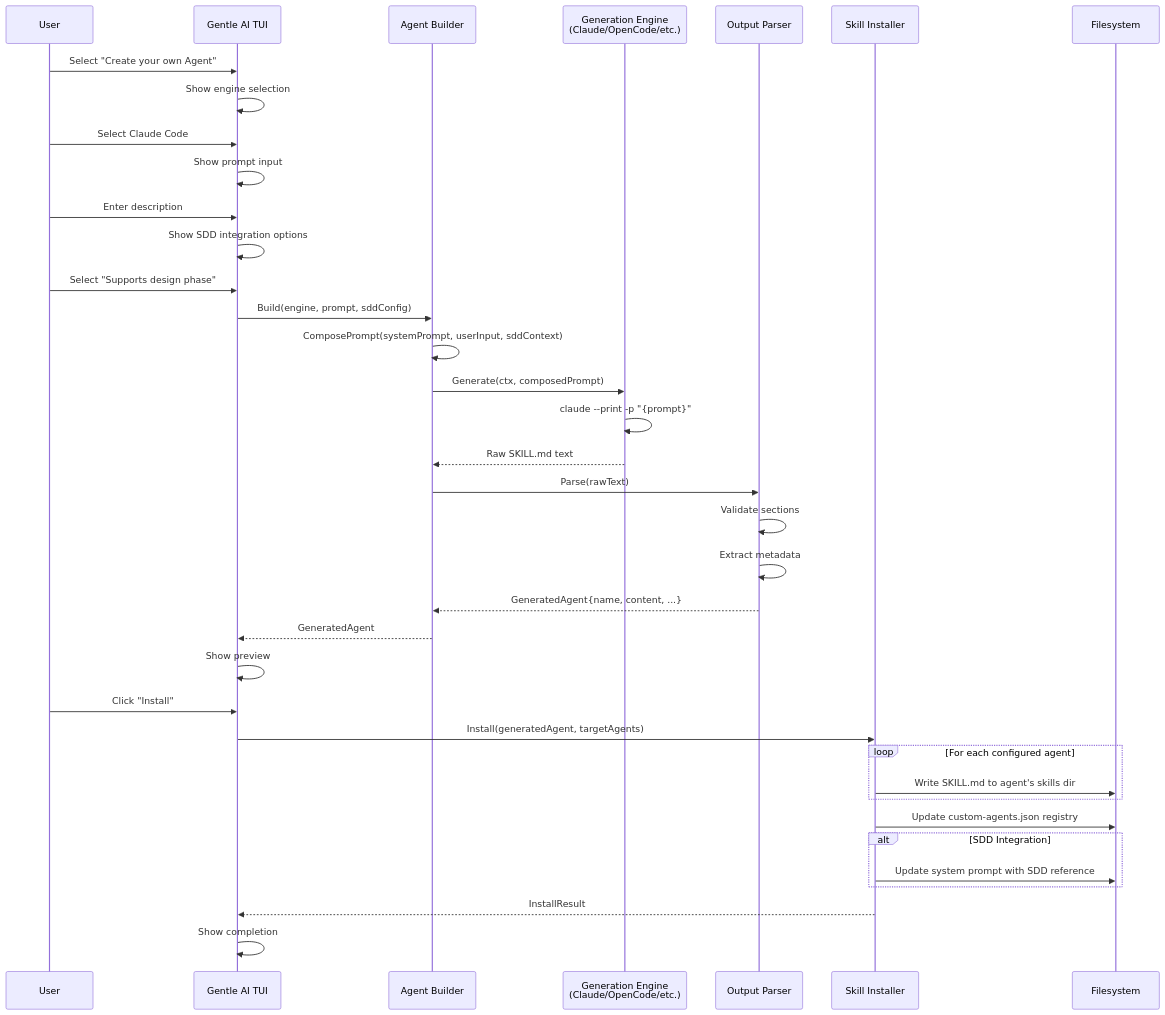
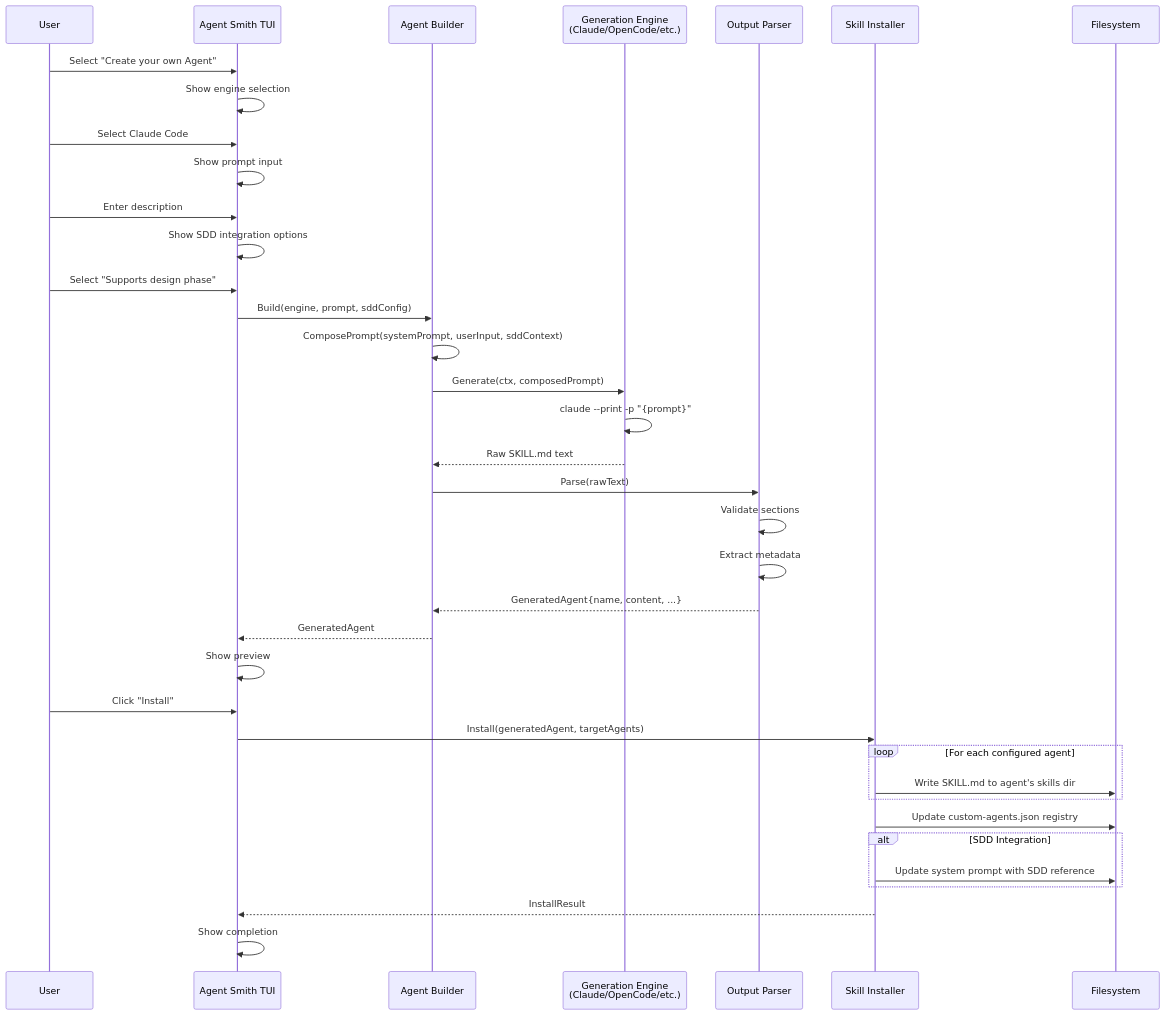
Before and after one commit to jonsanchezr/agent-smith: the first of 2 diagrams in PRD-AGENT-BUILDER.md, drawn with Mermaid. The commit also changed other lines of this file and 1247 other files, not shown here.

Commit message:
feature - cambio de nombre del agente por Agent Smith y se integro speckit como opcion para flujo de desarrollo con ssd

````diff
--- a/PRD-AGENT-BUILDER.md
+++ b/PRD-AGENT-BUILDER.md
@@ -610,48 +610,48 @@
 ```mermaid
 sequenceDiagram
     participant User
-    participant TUI as Gentle AI TUI
+    participant TUI as Agent Smith TUI
     participant Builder as Agent Builder
     participant Engine as Generation Engine<br/>(Claude/OpenCode/etc.)
     participant Parser as Output Parser
     participant Installer as Skill Installer
     participant FS as Filesystem
 
     User->>TUI: Select "Create your own Agent"
     TUI->>TUI: Show engine selection
     User->>TUI: Select Claude Code
     TUI->>TUI: Show prompt input
     User->>TUI: Enter description
     TUI->>TUI: Show SDD integration options
     User->>TUI: Select "Supports design phase"
 
     TUI->>Builder: Build(engine, prompt, sddConfig)
     Builder->>Builder: ComposePrompt(systemPrompt, userInput, sddContext)
     Builder->>Engine: Generate(ctx, composedPrompt)
     Engine->>Engine: claude --print -p "{prompt}"
     Engine-->>Builder: Raw SKILL.md text
 
     Builder->>Parser: Parse(rawText)
     Parser->>Parser: Validate sections
     Parser->>Parser: Extract metadata
     Parser-->>Builder: GeneratedAgent{name, content, ...}
 
     Builder-->>TUI: GeneratedAgent
     TUI->>TUI: Show preview
 
     User->>TUI: Click "Install"
     TUI->>Installer: Install(generatedAgent, targetAgents)
     
     loop For each configured agent
         Installer->>FS: Write SKILL.md to agent's skills dir
     end
     
     Installer->>FS: Update custom-agents.json registry
     
     alt SDD Integration
         Installer->>FS: Update system prompt with SDD reference
     end
 
     Installer-->>TUI: InstallResult
     TUI->>TUI: Show completion
 ```
````
